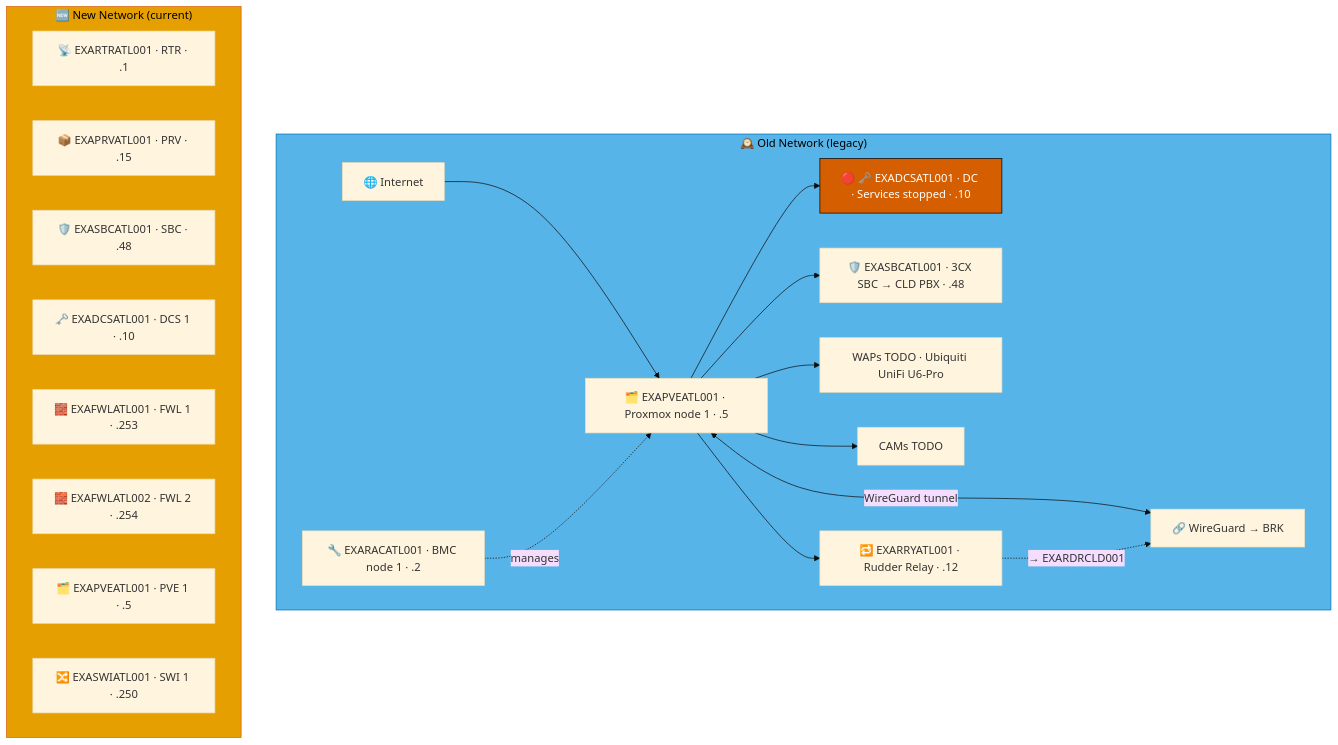
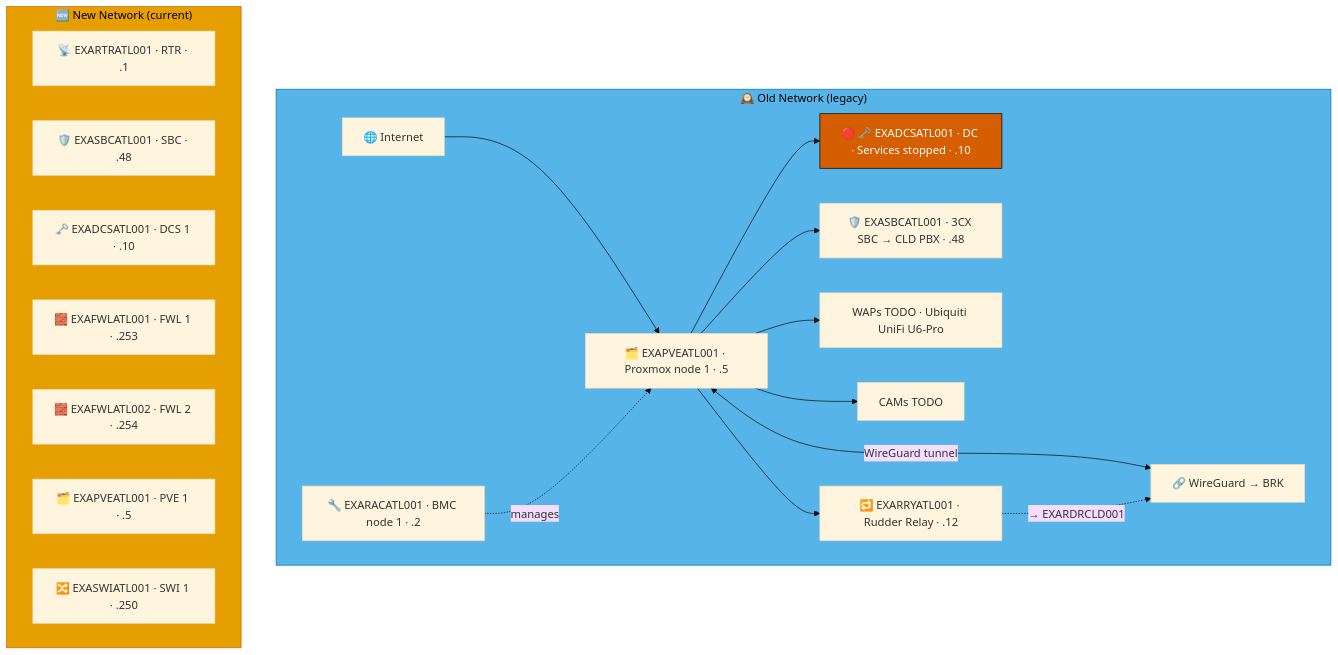
One commit to knightmare2600/example_music_infra changed the fifth of 8 diagrams in docs/network-diagram/united-states.md. Above: the diagram before and after it, drawn with Mermaid (base theme). The commit also changed other lines of this file and 55 other files, not shown here.

````diff
--- a/docs/network-diagram/united-states.md
+++ b/docs/network-diagram/united-states.md
@@ -237,38 +233,37 @@
 ```mermaid
 graph TD
     subgraph OLD_ATL ["🕰️ Old Network (legacy)"]
       INET["🌐 Internet"]
       RAC["🔧 EXARACATL001 · BMC node 1 · .2"]
       PVE["🗂️ EXAPVEATL001 · Proxmox node 1 · .5"]
       DC["🔴 🗝️ EXADCSATL001 · DC · Services stopped · .10"]
       SBC["🛡️ EXASBCATL001 · 3CX SBC → CLD PBX · .48"]
       RRY["🔁 EXARRYATL001 · Rudder Relay · .12"]
       WAP["WAPs TODO · Ubiquiti UniFi U6-Pro"]
       CAM["CAMs TODO"]
       VPN["🔗 WireGuard → BRK"]
 
       INET --> PVE --> DC & SBC
       RAC -.->|"manages"| PVE
       PVE --> WAP & CAM
       PVE <-->|"WireGuard tunnel"| VPN
 
       PVE --> RRY
       RRY -. "→ EXARDRCLD001" .-> VPN
     end
     style OLD_ATL fill:#56B4E9,stroke:#0072B2,color:#000000
     %% GENERATED:NEW-NETWORK:ATL:START
     subgraph NEW_ATL ["🆕 New Network (current)"]
       N_RTR["📡 EXARTRATL001 · RTR · .1"]
-      N_PRV["📦 EXAPRVATL001 · PRV · .15"]
       N_SBC["🛡️ EXASBCATL001 · SBC · .48"]
       N_DCS["🗝️ EXADCSATL001 · DCS 1 · .10"]
       N_FWL["🧱 EXAFWLATL001 · FWL 1 · .253"]
       N_FWL2["🧱 EXAFWLATL002 · FWL 2 · .254"]
       N_PVE["🗂️ EXAPVEATL001 · PVE 1 · .5"]
       N_SWI["🔀 EXASWIATL001 · SWI 1 · .250"]
     end
     style NEW_ATL fill:#E69F00,stroke:#D55E00,color:#000000
     %% GENERATED:NEW-NETWORK:ATL:END
     classDef warn fill:#D55E00,stroke:#000000,color:#ffffff
     class DC warn
 ```
````
